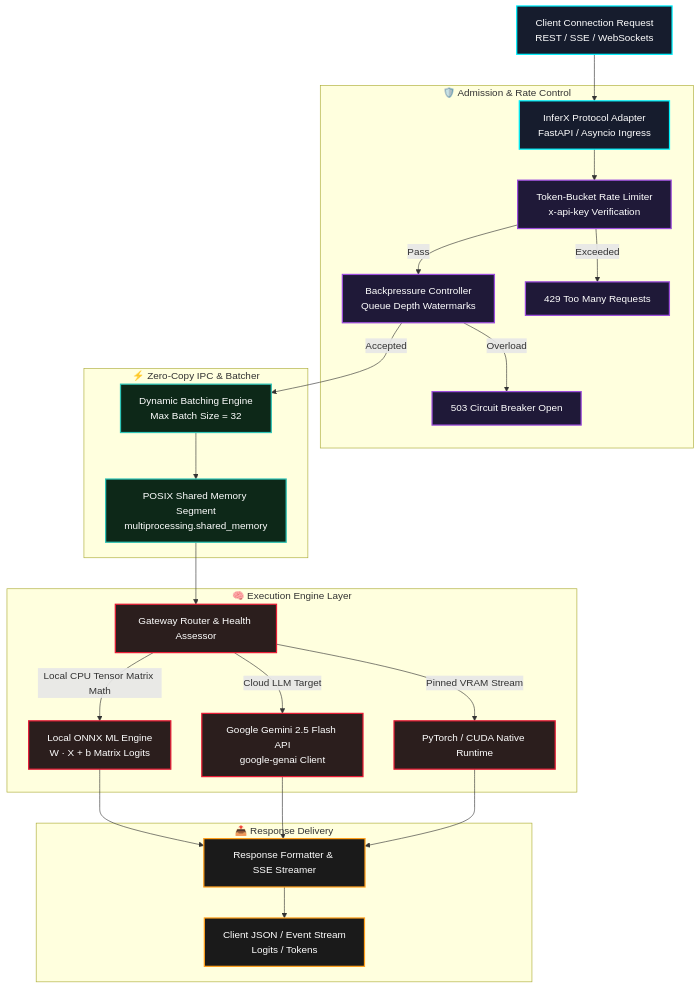
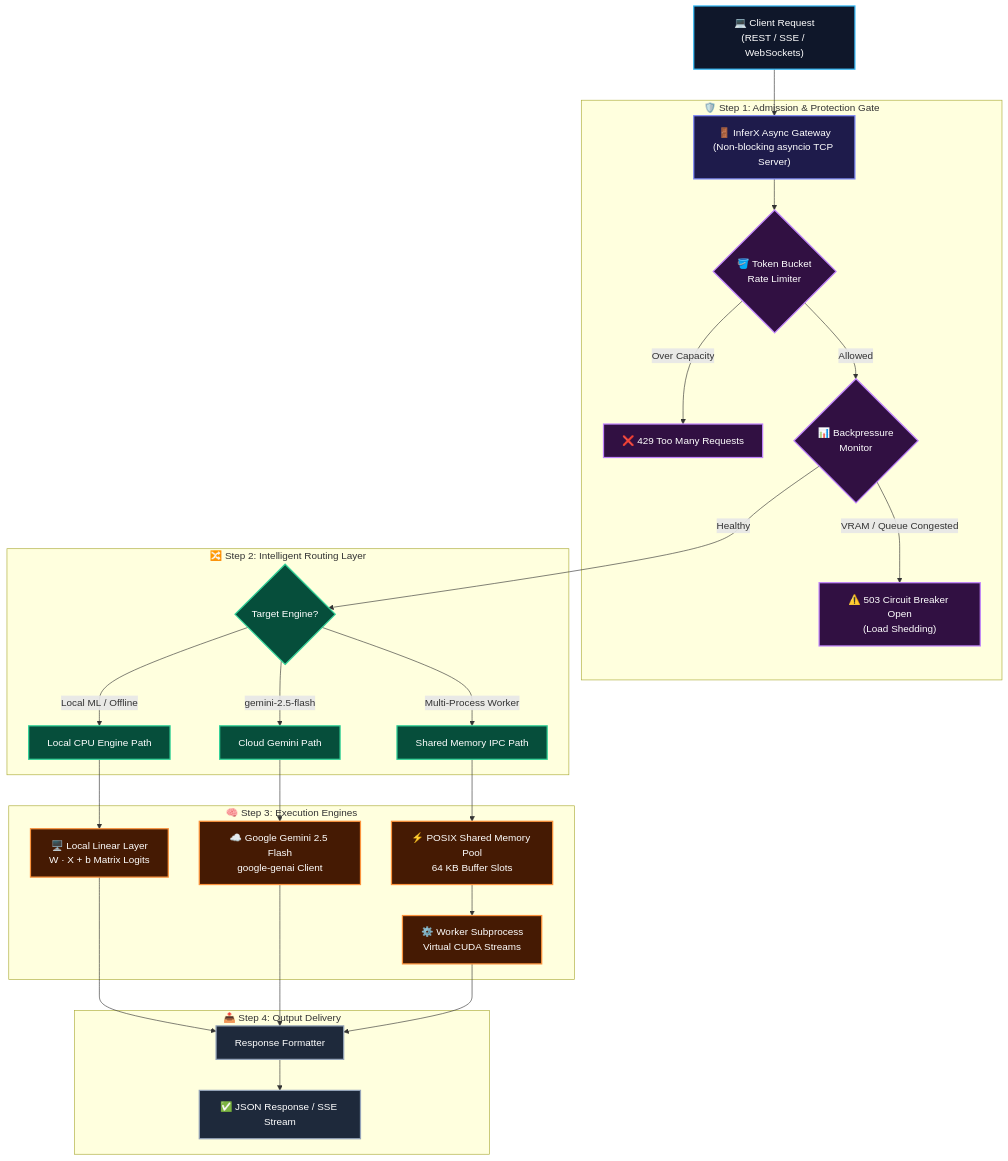
The diagram in README.md (Reya-Doshi/InferX), drawn with Mermaid before and after one commit. The commit also changed other lines of this file, not shown here.

Commit message:
Revamp README with architecture flow diagrams, system analogies, and benchmarks

````diff
--- a/README.md
+++ b/README.md
@@ -97,37 +57,40 @@
 ```mermaid
-graph TD
-    %% Node Styling
-    classDef ingress fill:#161c2d,stroke:#00f2fe,stroke-width:2px,color:#fff;
-    classDef admission fill:#1f1938,stroke:#9d4edd,stroke-width:2px,color:#fff;
-    classDef batcher fill:#0d2818,stroke:#2ec4b6,stroke-width:2px,color:#fff;
-    classDef execution fill:#2b1e1d,stroke:#e71d36,stroke-width:2px,color:#fff;
-    classDef output fill:#1a1a1a,stroke:#ff9f1c,stroke-width:2px,color:#fff;
+flowchart TD
+    %% Styling
+    classDef client fill:#0f172a,stroke:#38bdf8,stroke-width:2px,color:#fff;
+    classDef gateway fill:#1e1b4b,stroke:#818cf8,stroke-width:2px,color:#fff;
+    classDef admission fill:#311042,stroke:#c084fc,stroke-width:2px,color:#fff;
+    classDef routing fill:#064e3b,stroke:#34d399,stroke-width:2px,color:#fff;
+    classDef engine fill:#451a03,stroke:#fb923c,stroke-width:2px,color:#fff;
+    classDef output fill:#1e293b,stroke:#94a3b8,stroke-width:2px,color:#fff;
 
-    Client[Client Connection Request<br/>REST / SSE / WebSockets]:::ingress --> Gateway[InferX Protocol Adapter<br/>FastAPI / Asyncio Ingress]:::ingress
-    
-    subgraph AdmissionControl["🛡️ Admission & Rate Control"]
-        Gateway --> TokenBucket[Token-Bucket Rate Limiter<br/>x-api-key Verification]:::admission
-        TokenBucket -->|Pass| Backpressure[Backpressure Controller<br/>Queue Depth Watermarks]:::admission
-        TokenBucket -->|Exceeded| Error429[429 Too Many Requests]:::admission
-        Backpressure -->|Overload| CircuitBreaker[503 Circuit Breaker Open]:::admission
+    Client["💻 Client Request<br/>(REST / SSE / WebSockets)"]:::client --> Gateway["🚪 InferX Async Gateway<br/>(Non-blocking asyncio TCP Server)"]:::gateway
+
+    subgraph AdmissionControl ["🛡️ Step 1: Admission & Protection Gate"]
+        Gateway --> TokenBucket{"🪣 Token Bucket<br/>Rate Limiter"}:::admission
+        TokenBucket -->|Over Capacity| R429["❌ 429 Too Many Requests"]:::admission
+        TokenBucket -->|Allowed| Backpressure{"📊 Backpressure<br/>Monitor"}:::admission
+        Backpressure -->|VRAM / Queue Congested| R503["⚠️ 503 Circuit Breaker Open<br/>(Load Shedding)"]:::admission
     end
 
-    subgraph MemoryBuffer["⚡ Zero-Copy IPC & Batcher"]
-        Backpressure -->|Accepted| BatcherEngine[Dynamic Batching Engine<br/>Max Batch Size = 32]:::batcher
-        BatcherEngine --> SharedMem[POSIX Shared Memory Segment<br/>multiprocessing.shared_memory]:::batcher
+    subgraph Router ["🔀 Step 2: Intelligent Routing Layer"]
+        Backpressure -->|Healthy| TargetCheck{"Target Engine?"}:::routing
+        TargetCheck -->|Local ML / Offline| LocalPath["Local CPU Engine Path"]:::routing
+        TargetCheck -->|gemini-2.5-flash| CloudPath["Cloud Gemini Path"]:::routing
+        TargetCheck -->|Multi-Process Worker| IPCPath["Shared Memory IPC Path"]:::routing
     end
 
-    subgraph ExecutionLayer["🧠 Execution Engine Layer"]
-        SharedMem --> Router[Gateway Router & Health Assessor]:::execution
-        Router -->|Local CPU Tensor Matrix Math| LocalEngine[Local ONNX ML Engine<br/>W · X + b Matrix Logits]:::execution
-        Router -->|Cloud LLM Target| CloudGemini[Google Gemini 2.5 Flash API<br/>google-genai Client]:::execution
-        Router -->|Pinned VRAM Stream| CudaRuntime[PyTorch / CUDA Native Runtime]:::execution
+    subgraph Execution ["🧠 Step 3: Execution Engines"]
+        LocalPath --> LocalML["🖥️ Local Linear Layer<br/>W · X + b Matrix Logits"]:::engine
+        CloudPath --> Gemini["☁️ Google Gemini 2.5 Flash<br/>google-genai Client"]:::engine
+        IPCPath --> SharedMem["⚡ POSIX Shared Memory Pool<br/>64 KB Buffer Slots"]:::engine
+        SharedMem --> WorkerProc["⚙️ Worker Subprocess<br/>Virtual CUDA Streams"]:::engine
     end
 
-    subgraph OutputPipeline["📤 Response Delivery"]
-        LocalEngine --> Formatter[Response Formatter & SSE Streamer]:::output
-        CloudGemini --> Formatter:::output
-        CudaRuntime --> Formatter:::output
-        Formatter --> ClientResponse[Client JSON / Event Stream<br/>Logits / Tokens]:::output
+    subgraph OutputDelivery ["📤 Step 4: Output Delivery"]
+        LocalML --> Formatter["Response Formatter"]:::output
+        Gemini --> Formatter
+        WorkerProc --> Formatter
+        Formatter --> ClientResp["✅ JSON Response / SSE Stream"]:::output
     end
 ```
````
